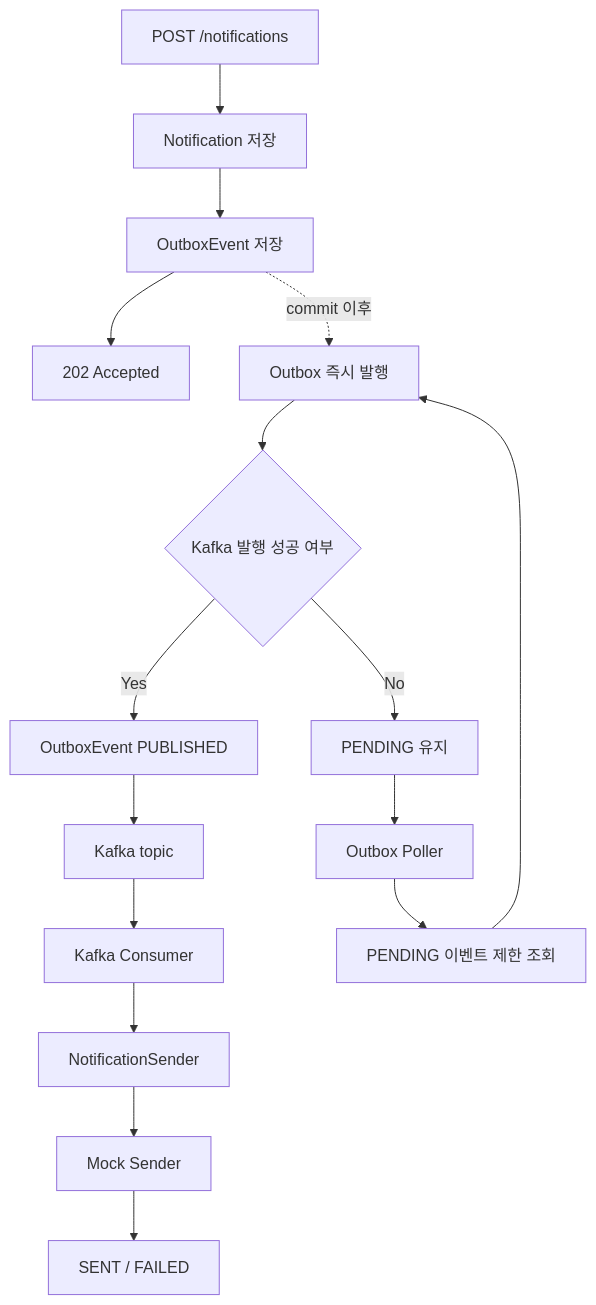
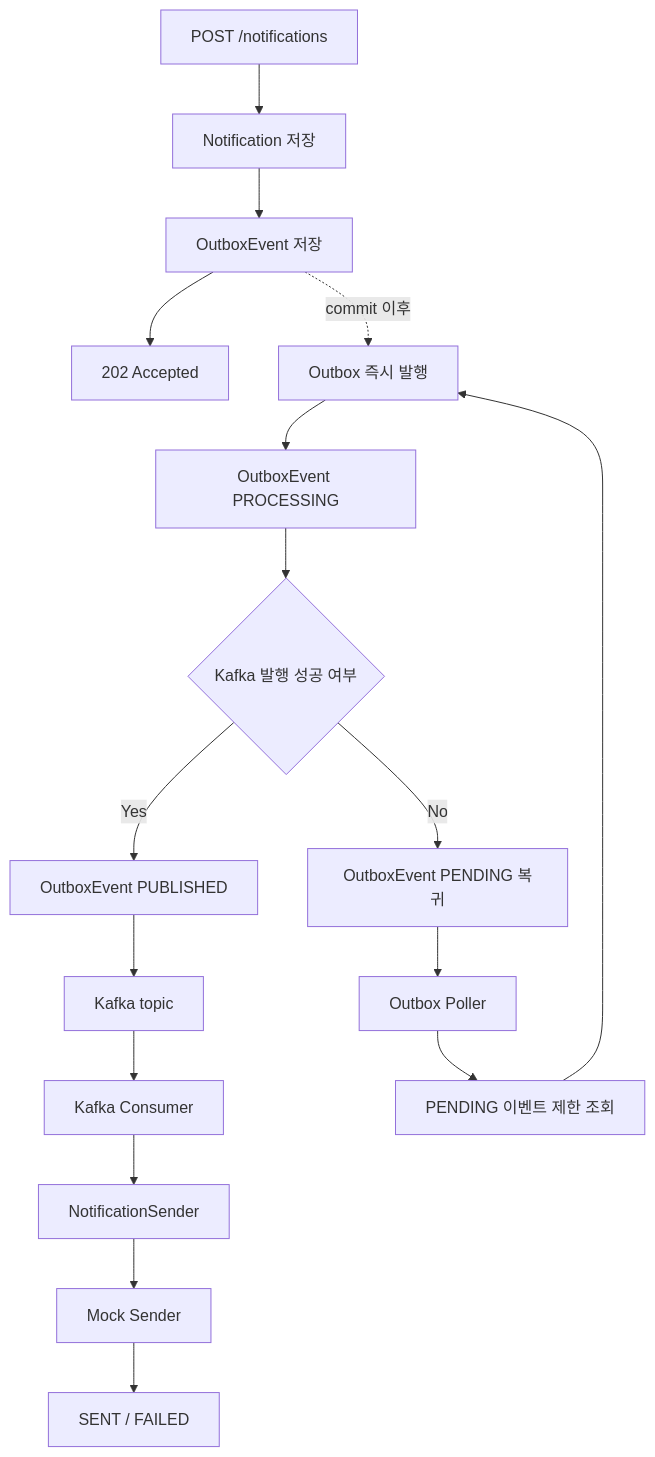
The diagram in README.md (Ogu1208/notification-delivery-system), drawn with Mermaid before and after one commit. The commit also changed other lines of this file and 10 other files, not shown here.

````diff
--- a/README.md
+++ b/README.md
@@ -98,21 +99,22 @@
 ```mermaid
 flowchart TD
     A["POST /notifications"] --> B["Notification 저장"]
     B --> C["OutboxEvent 저장"]
     C --> D["202 Accepted"]
 
     C -. "commit 이후" .-> E["Outbox 즉시 발행"]
-    E --> F{"Kafka 발행 성공 여부"}
-    F -->|"Yes"| G["OutboxEvent PUBLISHED"]
-    F -->|"No"| H["PENDING 유지"]
+    E --> F["OutboxEvent PROCESSING"]
+    F --> G{"Kafka 발행 성공 여부"}
+    G -->|"Yes"| H["OutboxEvent PUBLISHED"]
+    G -->|"No"| I["OutboxEvent PENDING 복귀"]
 
-    H --> I["Outbox Poller"]
-    I --> J["PENDING 이벤트 제한 조회"]
-    J --> E
+    I --> J["Outbox Poller"]
+    J --> K["PENDING 이벤트 제한 조회"]
+    K --> E
 
-    G --> K["Kafka topic"]
-    K --> L["Kafka Consumer"]
-    L --> M["NotificationSender"]
-    M --> N["Mock Sender"]
-    N --> O["SENT / FAILED"]
+    H --> L["Kafka topic"]
+    L --> M["Kafka Consumer"]
+    M --> N["NotificationSender"]
+    N --> O["Mock Sender"]
+    O --> P["SENT / FAILED"]
 ```
````
